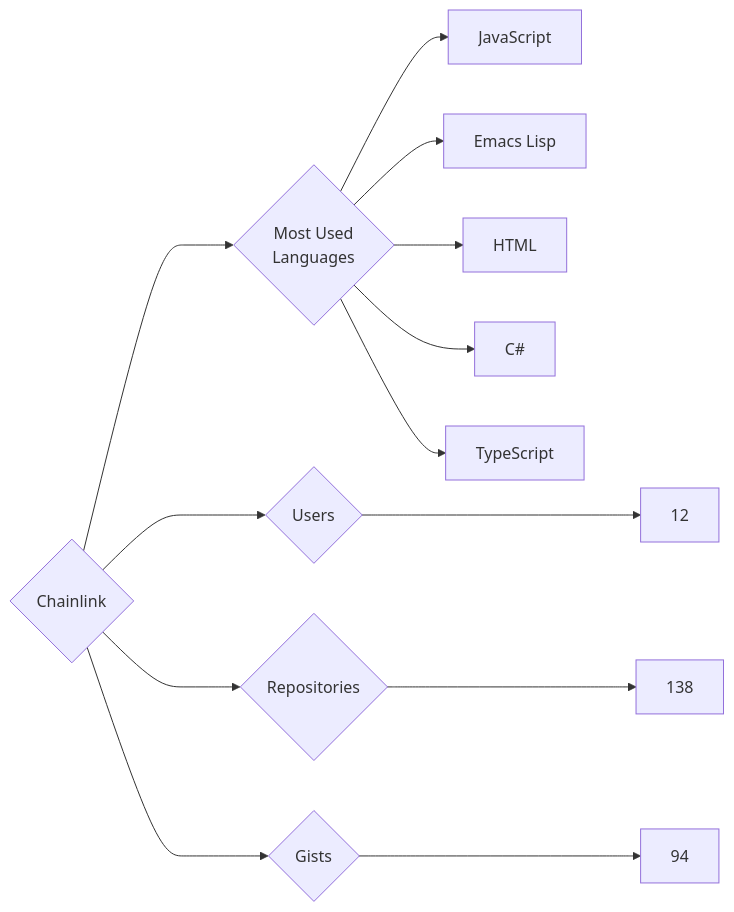
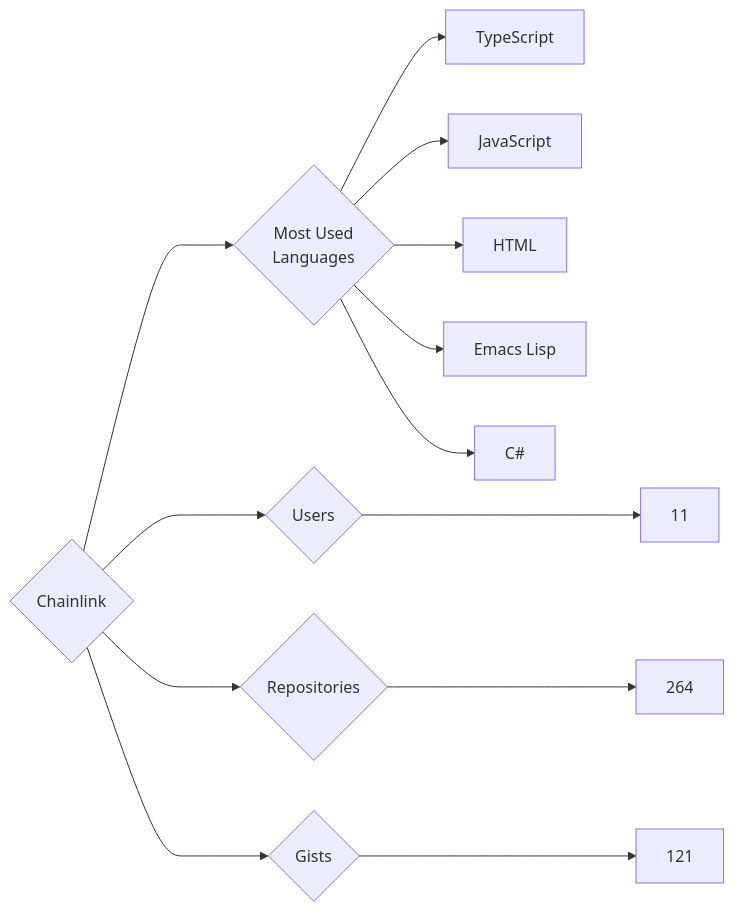
One commit to trickest/insiders changed the diagram in targets/Chainlink/README.md. Above: the diagram before and after it, drawn with Mermaid. The commit also changed 636 other files, not shown here.

````diff
--- a/targets/Chainlink/README.md
+++ b/targets/Chainlink/README.md
@@ -3,13 +3,13 @@
 ```mermaid
 graph LR
 COMPANY_NAME{Chainlink}
-COMPANY_NAME ---> U{Users} ---> UN[12]
-COMPANY_NAME ---> R{Repositories} ---> RN[138]
-COMPANY_NAME ---> G{Gists} ---> GN[94]
+COMPANY_NAME ---> U{Users} ---> UN[11]
+COMPANY_NAME ---> R{Repositories} ---> RN[264]
+COMPANY_NAME ---> G{Gists} ---> GN[121]
 COMPANY_NAME ---> ML{Most Used<br>Languages}
+ML --> TypeScript[TypeScript]
 ML --> JavaScript[JavaScript]
+ML --> HTML[HTML]
 ML --> Emacs_Lisp[Emacs Lisp]
-ML --> HTML[HTML]
 ML --> C#[C#]
-ML --> TypeScript[TypeScript]
 ```
````
